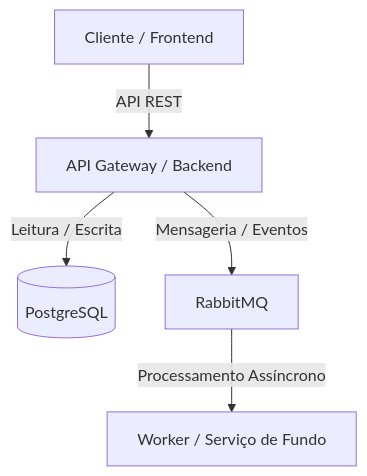
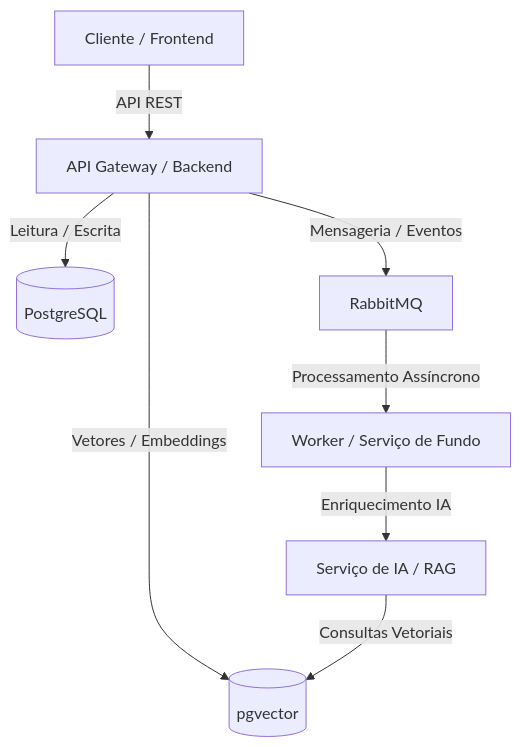
One commit to fagundesedimar/Severina changed the first of 2 diagrams in docs/specReq.md. Above: the diagram before and after it, drawn with Mermaid. The commit also changed other lines of this file and 2 other files, not shown here.

````diff
--- a/docs/specReq.md
+++ b/docs/specReq.md
@@ -53,7 +53,10 @@
 ```mermaid
 graph TD
     Client[Cliente / Frontend] -->|API REST| API[API Gateway / Backend]
     API -->|Leitura / Escrita| DB[(PostgreSQL)]
     API -->|Mensageria / Eventos| Queue[RabbitMQ]
     Queue -->|Processamento Assíncrono| Worker[Worker / Serviço de Fundo]
+    API -->|Vetores / Embeddings| VectorDB[(pgvector)]
+    Worker -->|Enriquecimento IA| AI[Serviço de IA / RAG]
+    AI -->|Consultas Vetoriais| VectorDB
 ```
````
